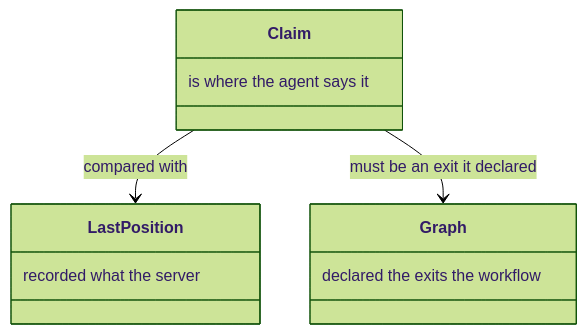
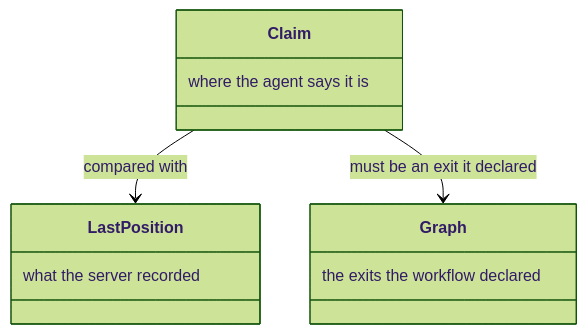
Before and after one commit to m2ux/workflow-server: the eighth of 16 diagrams in docs/fidelity.md, drawn with Mermaid (forest theme). The commit also changed other lines of this file and 10 other files, not shown here.

Commit message:
Write each class-box note in reading order so the diagram shows the phrase as written.

````diff
--- a/docs/fidelity.md
+++ b/docs/fidelity.md
@@ -164,14 +164,14 @@
 ```mermaid
 classDiagram
   class LastPosition {
-    recorded what the server
+    what the server recorded
   }
   class Claim {
-    is where the agent says it
+    where the agent says it is
   }
   class Graph {
-    declared the exits the workflow
+    the exits the workflow declared
   }
   Claim --> LastPosition : compared with
   Claim --> Graph : must be an exit it declared
 ```
````
